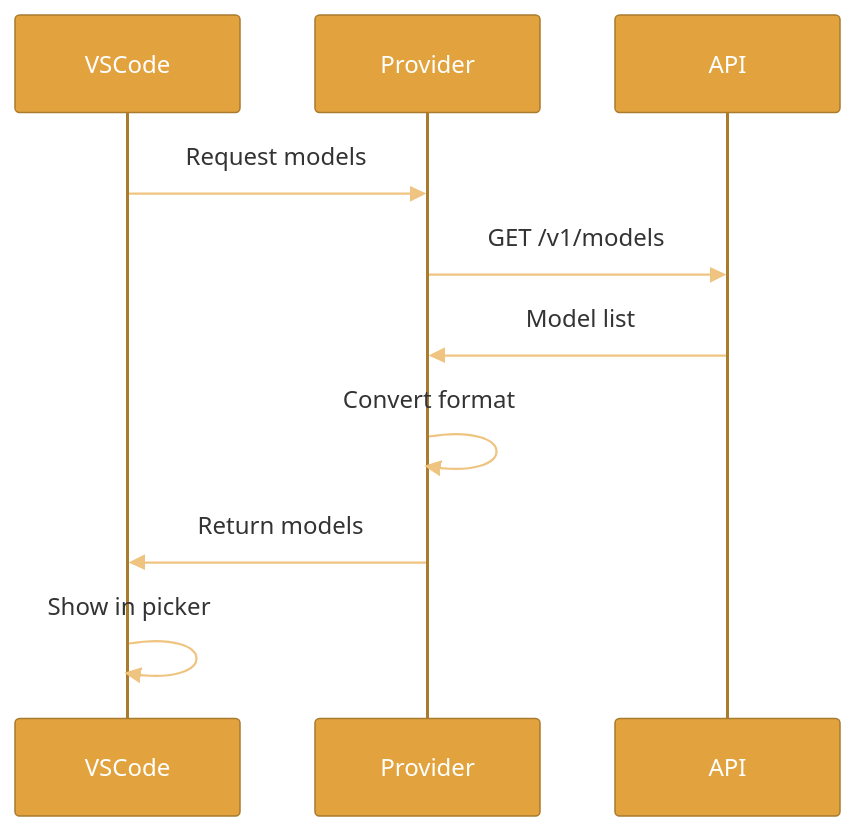
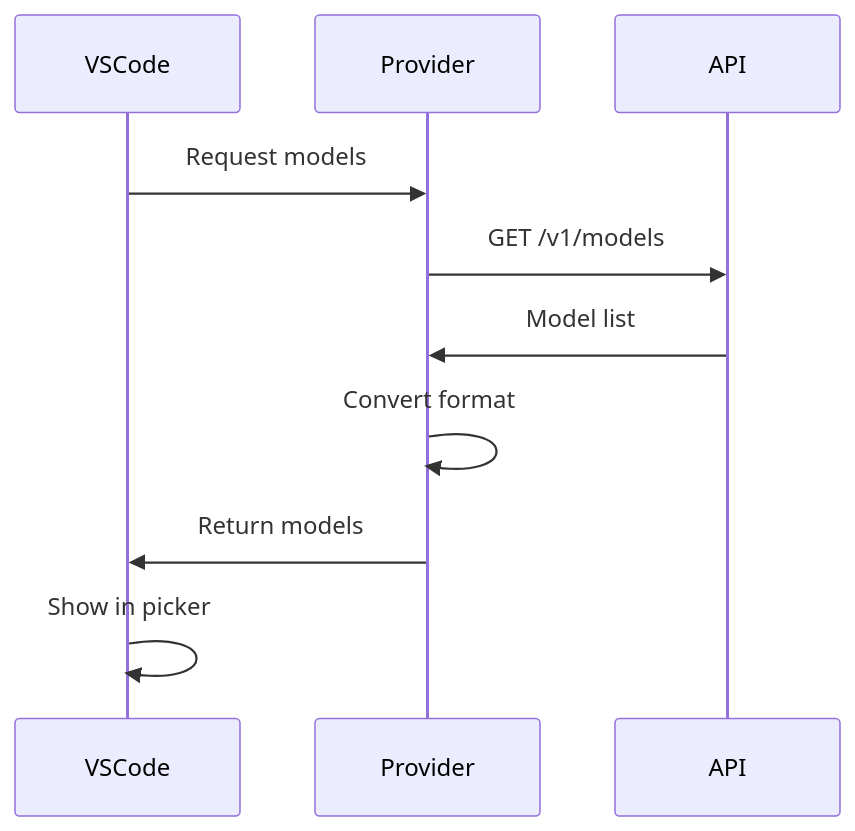
One commit to amd/gaia changed the fourth of 4 diagrams in docs/integrations/vscode.mdx. Above: the diagram before and after it, drawn with Mermaid. The commit also changed other lines of this file and 43 other files, not shown here.

First line of the commit message:
docs: documentation audit pass 1 — accuracy, dark-mode diagrams, persona review

````diff
--- a/docs/integrations/vscode.mdx
+++ b/docs/integrations/vscode.mdx
@@ -608,14 +605,13 @@
     ```mermaid
-    %%{init: {'theme':'base', 'themeVariables': { 'primaryColor':'#E2A33E', 'actorBkg':'#E2A33E', 'actorTextColor':'#fff', 'actorBorder':'#A87B2D', 'signalColor':'#EFC480', 'signalTextColor':'#333', 'fontFamily': 'system-ui, -apple-system, sans-serif'}}}%%
     sequenceDiagram
         participant VSCode
         participant Provider
         participant API
 
         VSCode->>Provider: Request models
         Provider->>API: GET /v1/models
         API->>Provider: Model list
         Provider->>Provider: Convert format
         Provider->>VSCode: Return models
         VSCode->>VSCode: Show in picker
     ```
````
